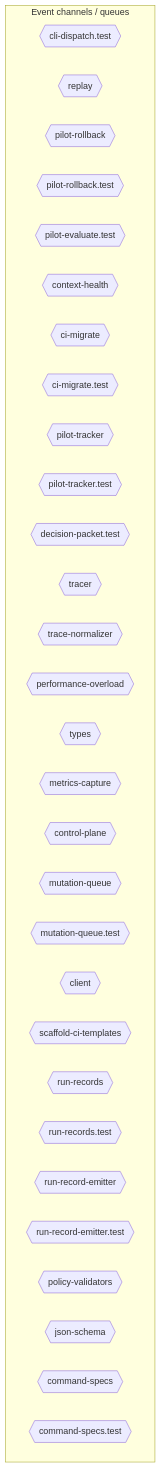
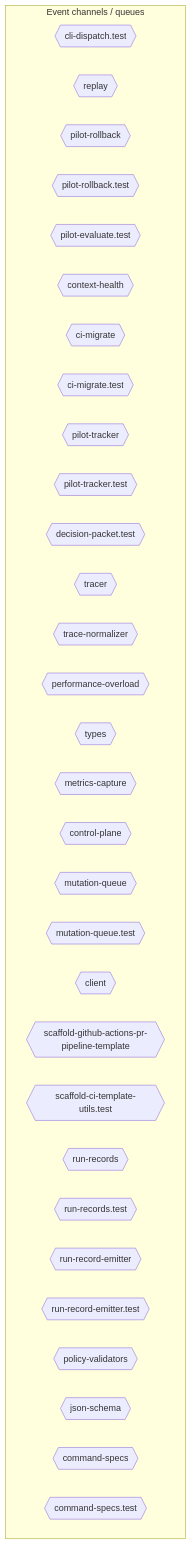
The sixth of 10 diagrams in AI/context/diagram-context.md (jscraik/coding-harness), drawn with Mermaid before and after one commit. The commit also changed other lines of this file and 95 other files, not shown here.

````diff
--- a/AI/context/diagram-context.md
+++ b/AI/context/diagram-context.md
@@ -1984,36 +1977,37 @@
 ```mermaid
 flowchart TD
   subgraph Channels["Event channels / queues"]
     cli_dispatch_test_54c9f17b{{"cli-dispatch.test"}}
     replay_ac203c98{{"replay"}}
     pilot_rollback_00c1f82c{{"pilot-rollback"}}
     pilot_rollback_test_e61d5a2b{{"pilot-rollback.test"}}
     pilot_evaluate_test_a2ac06fc{{"pilot-evaluate.test"}}
     context_health_80bb7da9{{"context-health"}}
     ci_migrate_78bb70b1{{"ci-migrate"}}
     ci_migrate_test_2a015bb9{{"ci-migrate.test"}}
     pilot_tracker_5c767813{{"pilot-tracker"}}
     pilot_tracker_test_80398a66{{"pilot-tracker.test"}}
     decision_packet_test_9ea0e97b{{"decision-packet.test"}}
     tracer_1e6243a2{{"tracer"}}
     trace_normalizer_cb1be1d2{{"trace-normalizer"}}
     performance_overload_c685bfcf{{"performance-overload"}}
-    types_10_75e5a4a0{{"types"}}
+    types_9_1db4641f{{"types"}}
     metrics_capture_1d1a2c08{{"metrics-capture"}}
     control_plane_96826665{{"control-plane"}}
     mutation_queue_ce5a530e{{"mutation-queue"}}
     mutation_queue_test_10b599e8{{"mutation-queue.test"}}
     client_1_914e1681{{"client"}}
-    scaffold_ci_templates_2afd6392{{"scaffold-ci-templates"}}
+    scaffold_github_actions_pr_pipeline_template_e2b85f62{{"scaffold-github-actions-pr-pipeline-template"}}
+    scaffold_ci_template_utils_test_b94825d9{{"scaffold-ci-template-utils.test"}}
     run_records_f616aa7c{{"run-records"}}
     run_records_test_3ee6a0e3{{"run-records.test"}}
     run_record_emitter_00168a3a{{"run-record-emitter"}}
     run_record_emitter_test_5475c0da{{"run-record-emitter.test"}}
     policy_validators_6682e192{{"policy-validators"}}
     json_schema_74a768d7{{"json-schema"}}
     command_specs_69167c63{{"command-specs"}}
     command_specs_test_7f693e85{{"command-specs.test"}}
   end
   classDef eventNode fill:#db2777,color:#fff
 
 ```
````
